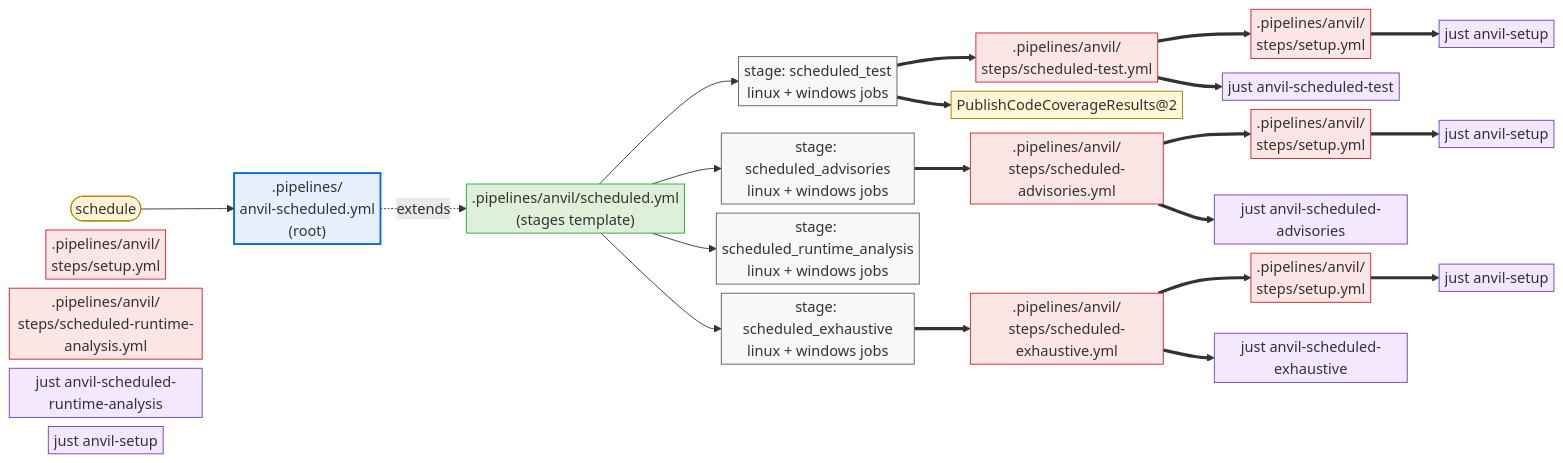
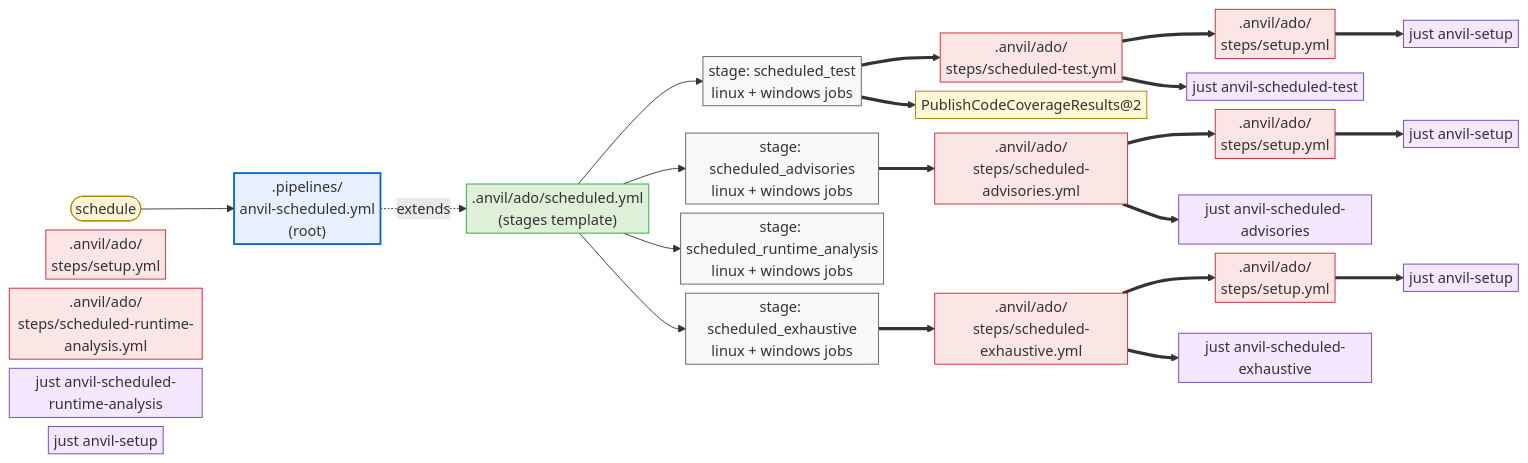
The second of 2 diagrams in crates/cargo-anvil/docs/design/ado.md (microsoft/ox-tools), drawn with Mermaid before and after one commit. The commit also changed other lines of this file and 156 other files, not shown here.

````diff
--- a/crates/cargo-anvil/docs/design/ado.md
+++ b/crates/cargo-anvil/docs/design/ado.md
@@ -135,59 +135,59 @@
 ```mermaid
 %%{init: {"flowchart": {"nodeSpacing": 10, "rankSpacing": 35, "padding": 3}, "themeVariables": {"fontSize": "16px"}}}%%
 flowchart LR
     sched_evt([schedule]):::trigger
     sched_root[".pipelines/<br/>anvil-scheduled.yml<br/>(root)"]:::root
-    sched_stages[".pipelines/anvil/scheduled.yml<br/>(stages template)"]:::impl
+    sched_stages[".anvil/ado/scheduled.yml<br/>(stages template)"]:::impl
     stest_s["stage: scheduled_test<br/>linux + windows jobs"]:::stage
     sadv_s["stage: scheduled_advisories<br/>linux + windows jobs"]:::stage
     sexh_s["stage: scheduled_exhaustive<br/>linux + windows jobs"]:::stage
     srun_s["stage: scheduled_runtime_analysis<br/>linux + windows jobs"]:::stage
-    stest_setup[".pipelines/anvil/<br/>steps/setup.yml"]:::step
-    sadv_setup[".pipelines/anvil/<br/>steps/setup.yml"]:::step
-    srun_setup[".pipelines/anvil/<br/>steps/setup.yml"]:::step
-    sexh_setup[".pipelines/anvil/<br/>steps/setup.yml"]:::step
-    stest_step[".pipelines/anvil/<br/>steps/scheduled-test.yml"]:::step
-    sadv_step[".pipelines/anvil/<br/>steps/scheduled-advisories.yml"]:::step
-    srun_step[".pipelines/anvil/<br/>steps/scheduled-runtime-analysis.yml"]:::step
-    sexh_step[".pipelines/anvil/<br/>steps/scheduled-exhaustive.yml"]:::step
+    stest_setup[".anvil/ado/<br/>steps/setup.yml"]:::step
+    sadv_setup[".anvil/ado/<br/>steps/setup.yml"]:::step
+    srun_setup[".anvil/ado/<br/>steps/setup.yml"]:::step
+    sexh_setup[".anvil/ado/<br/>steps/setup.yml"]:::step
+    stest_step[".anvil/ado/<br/>steps/scheduled-test.yml"]:::step
+    sadv_step[".anvil/ado/<br/>steps/scheduled-advisories.yml"]:::step
+    srun_step[".anvil/ado/<br/>steps/scheduled-runtime-analysis.yml"]:::step
+    sexh_step[".anvil/ado/<br/>steps/scheduled-exhaustive.yml"]:::step
     publish_coverage["PublishCodeCoverageResults@2"]:::external
     stest_just["just anvil-scheduled-test"]:::recipe
     stest_setup_just["just anvil-setup"]:::recipe
     sadv_just["just anvil-scheduled-advisories"]:::recipe
     sadv_setup_just["just anvil-setup"]:::recipe
     srun_just["just anvil-scheduled-runtime-analysis"]:::recipe
     srun_setup_just["just anvil-setup"]:::recipe
     sexh_just["just anvil-scheduled-exhaustive"]:::recipe
     sexh_setup_just["just anvil-setup"]:::recipe
 
     sched_evt --> sched_root
     sched_root -. extends .-> sched_stages
     sched_stages --> stest_s
     sched_stages --> sadv_s
     sched_stages --> srun_s
     sched_stages --> sexh_s
 
     stest_s ==> stest_step
     stest_s ==> publish_coverage
     sadv_s ==> sadv_step
     sexh_s ==> sexh_step
 
     stest_step ==> stest_setup
     stest_step ==> stest_just
     sadv_step ==> sadv_setup
     sadv_step ==> sadv_just
     sexh_step ==> sexh_setup
     sexh_step ==> sexh_just
 
     stest_setup ==> stest_setup_just
     sadv_setup ==> sadv_setup_just
     sexh_setup ==> sexh_setup_just
 
     classDef trigger fill:#fff4d6,stroke:#b08800,stroke-width:1px;
     classDef root fill:#e6f0ff,stroke:#0366d6,stroke-width:2px;
     classDef impl fill:#dff0d8,stroke:#28a745,stroke-width:1px;
     classDef stage fill:#f6f8fa,stroke:#586069,stroke-width:1px;
     classDef step fill:#fce5e5,stroke:#cb2431,stroke-width:1px;
     classDef external fill:#fff7d6,stroke:#a08000,stroke-width:1px;
     classDef recipe fill:#f3e8ff,stroke:#6f42c1,stroke-width:1px;
 ```
````
